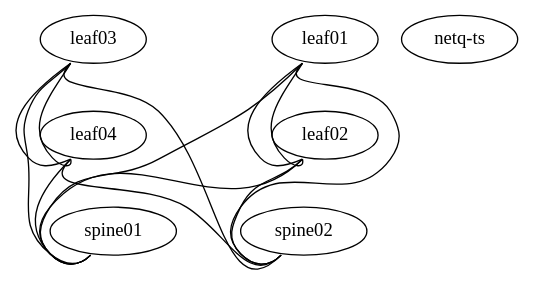
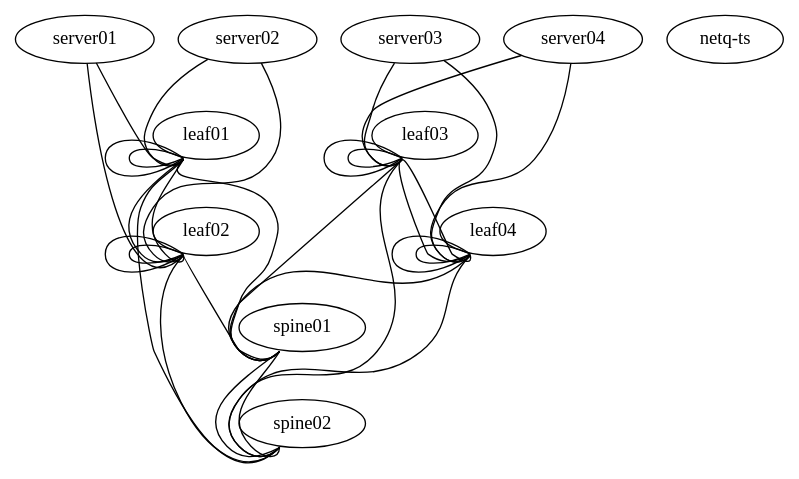
One commit to plumbis/ons2018 changed the diagram in topology.dot. Above: the diagram before and after it, drawn with Graphviz. The commit also changed 39 other files, not shown here.

```diff
--- a/topology.dot
+++ b/topology.dot
@@ -1,25 +1,48 @@
 graph vx {
- "leaf01" [function="leaf" os="CumulusCommunity/cumulus-vx" version="3.5.3" memory="768" config="./helper_scripts/extra_switch_config.sh" ]
- "leaf02" [function="leaf" os="CumulusCommunity/cumulus-vx" version="3.5.3" memory="768" config="./helper_scripts/extra_switch_config.sh" ]
- "leaf03" [function="leaf" os="CumulusCommunity/cumulus-vx" version="3.5.3" memory="768" config="./helper_scripts/extra_switch_config.sh" ]
- "leaf04" [function="leaf" os="CumulusCommunity/cumulus-vx" version="3.5.3" memory="768" config="./helper_scripts/extra_switch_config.sh" ]
- "spine01" [function="spine" os="CumulusCommunity/cumulus-vx" version="3.5.3" memory="768" config="./helper_scripts/extra_switch_config.sh" ]
- "spine02" [function="spine" os="CumulusCommunity/cumulus-vx" version="3.5.3" memory="768" config="./helper_scripts/extra_switch_config.sh" ]
- "netq-ts" [function="server" os="CumulusCommunity/netq-ts" memory="1024" ]
- 
+ "leaf01" [function="leaf" os="CumulusCommunity/cumulus-vx" version="3.5.1" memory="768" config="./helper_scripts/extra_switch_config.sh" ]
+ "leaf02" [function="leaf" os="CumulusCommunity/cumulus-vx" version="3.5.1" memory="768" config="./helper_scripts/extra_switch_config.sh" ]
+ "leaf03" [function="leaf" os="CumulusCommunity/cumulus-vx" version="3.5.1" memory="768" config="./helper_scripts/extra_switch_config.sh" ]
+ "leaf04" [function="leaf" os="CumulusCommunity/cumulus-vx" version="3.5.1" memory="768" config="./helper_scripts/extra_switch_config.sh" ]
+ "spine01" [function="spine" os="CumulusCommunity/cumulus-vx" version="3.5.1" memory="768" config="./helper_scripts/extra_switch_config.sh" ]
+ "spine02" [function="spine" os="CumulusCommunity/cumulus-vx" version="3.5.1" memory="768" config="./helper_scripts/extra_switch_config.sh" ]
+ "server01" [function="host" os="yk0/ubuntu-xenial" memory="512" config="./helper_scripts/extra_server_config.sh" ]
+ "server02" [function="host" os="yk0/ubuntu-xenial" memory="512" config="./helper_scripts/extra_server_config.sh" ]
+ "server03" [function="host" os="yk0/ubuntu-xenial" memory="512" config="./helper_scripts/extra_server_config.sh" ]
+ "server04" [function="host" os="yk0/ubuntu-xenial" memory="512" config="./helper_scripts/extra_server_config.sh" ]
+ "netq-ts" [function="server" os="cumulus/ts" memory="1024" ]
+
  "leaf01":"swp51" -- "spine01":"swp1"
  "leaf02":"swp51" -- "spine01":"swp2"
  "leaf03":"swp51" -- "spine01":"swp3"
  "leaf04":"swp51" -- "spine01":"swp4"
-
  "leaf01":"swp52" -- "spine02":"swp1"
  "leaf02":"swp52" -- "spine02":"swp2"
  "leaf03":"swp52" -- "spine02":"swp3"
  "leaf04":"swp52" -- "spine02":"swp4"
 
  "leaf01":"swp49" -- "leaf02":"swp49"
  "leaf01":"swp50" -- "leaf02":"swp50"
- 
  "leaf03":"swp49" -- "leaf04":"swp49"
  "leaf03":"swp50" -- "leaf04":"swp50"
+
+ "spine01":"swp31" -- "spine02":"swp31"
+ "spine01":"swp32" -- "spine02":"swp32"
+
+ "server01":"eth1" -- "leaf01":"swp1" [left_mac="00:03:00:11:11:01"]
+ "server01":"eth2" -- "leaf02":"swp1" [left_mac="00:03:00:11:11:02"]
+ "server02":"eth1" -- "leaf01":"swp2" [left_mac="00:03:00:22:22:01"]
+ "server02":"eth2" -- "leaf02":"swp2" [left_mac="00:03:00:22:22:02"]
+ "server03":"eth1" -- "leaf03":"swp1" [left_mac="00:03:00:33:33:01"]
+ "server03":"eth2" -- "leaf04":"swp1" [left_mac="00:03:00:33:33:02"]
+ "server04":"eth1" -- "leaf03":"swp2" [left_mac="00:03:00:44:44:01"]
+ "server04":"eth2" -- "leaf04":"swp2" [left_mac="00:03:00:44:44:02"]
+
+ "leaf01":"swp45" -- "leaf01":"swp46"
+ "leaf01":"swp47" -- "leaf01":"swp48"
+ "leaf02":"swp45" -- "leaf02":"swp46"
+ "leaf02":"swp47" -- "leaf02":"swp48"
+ "leaf03":"swp45" -- "leaf03":"swp46"
+ "leaf03":"swp47" -- "leaf03":"swp48"
+ "leaf04":"swp45" -- "leaf04":"swp46"
+ "leaf04":"swp47" -- "leaf04":"swp48"
 }
```
